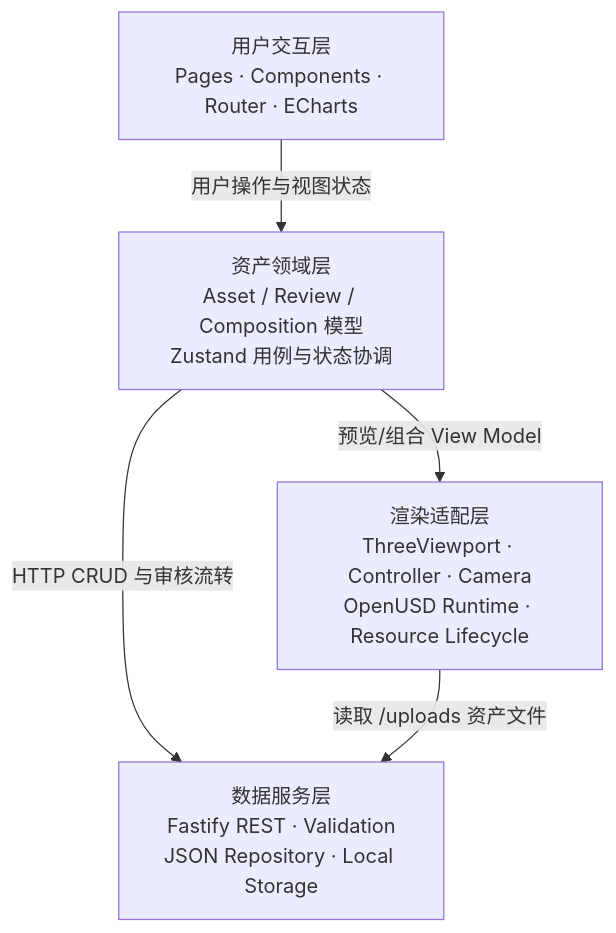
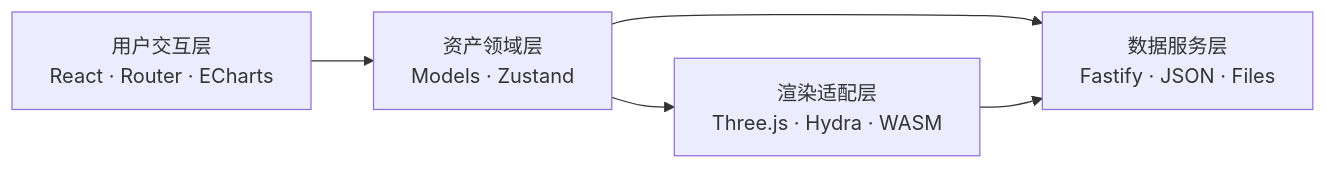
One commit to Jianping1992/usd-asset-studio changed the diagram in README.md. Above: the diagram before and after it, drawn with Mermaid. The commit also changed other lines of this file, not shown here.

````diff
--- a/README.md
+++ b/README.md
@@ -103,12 +75,12 @@
 ```mermaid
-flowchart TB
-    UI["用户交互层<br/>Pages · Components · Router · ECharts"]
-    DOMAIN["资产领域层<br/>Asset / Review / Composition 模型<br/>Zustand 用例与状态协调"]
-    RENDER["渲染适配层<br/>ThreeViewport · Controller · Camera<br/>OpenUSD Runtime · Resource Lifecycle"]
-    DATA["数据服务层<br/>Fastify REST · Validation<br/>JSON Repository · Local Storage"]
+flowchart LR
+    UI["用户交互层<br/>React · Router · ECharts"]
+    DOMAIN["资产领域层<br/>Models · Zustand"]
+    RENDER["渲染适配层<br/>Three.js · Hydra · WASM"]
+    DATA["数据服务层<br/>Fastify · JSON · Files"]
 
-    UI -->|用户操作与视图状态| DOMAIN
-    DOMAIN -->|预览/组合 View Model| RENDER
-    DOMAIN -->|HTTP CRUD 与审核流转| DATA
-    RENDER -->|读取 /uploads 资产文件| DATA
+    UI --> DOMAIN
+    DOMAIN --> RENDER
+    DOMAIN --> DATA
+    RENDER --> DATA
 ```
````
